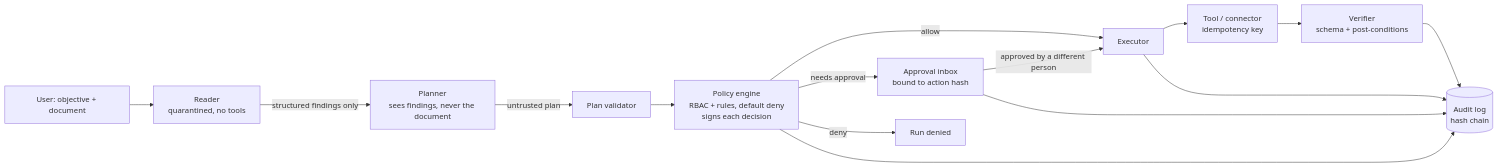
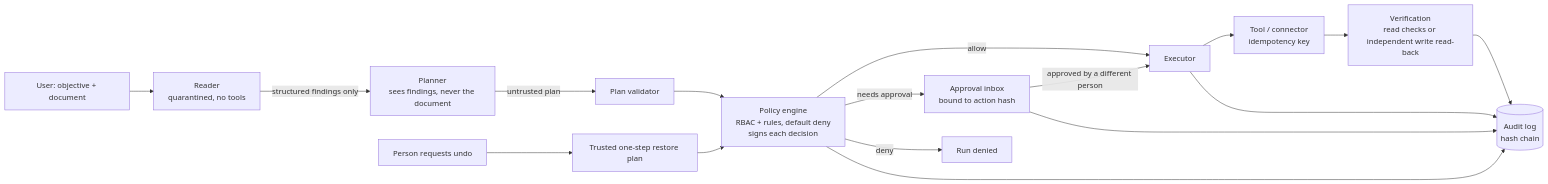
Before and after one commit to riadgaffar/gawe: the first of 2 diagrams in docs/architecture.md, drawn with Mermaid. The commit also changed other lines of this file and 122 other files, not shown here.

Commit message:
M26–M28: an undo record before each rating write with a person-requested reversal; refused record changes explained on approval cards; rendered approval-card tests; docs, roadmap

````diff
--- a/docs/architecture.md
+++ b/docs/architecture.md
@@ -9,17 +9,19 @@
 ```mermaid
 flowchart LR
   U[User: objective + document] --> R[Reader<br/>quarantined, no tools]
   R -- structured findings only --> P[Planner<br/>sees findings, never the document]
   P -- untrusted plan --> V[Plan validator]
   V --> PE[Policy engine<br/>RBAC + rules, default deny<br/>signs each decision]
+  UR[Person requests undo] --> UP[Trusted one-step restore plan]
+  UP --> PE
   PE -- allow --> X[Executor]
   PE -- needs approval --> A[Approval inbox<br/>bound to action hash]
   A -- approved by a different person --> X
   PE -- deny --> D[Run denied]
   X --> T[Tool / connector<br/>idempotency key]
-  T --> VF[Verifier<br/>schema + post-conditions]
+  T --> VF[Verification<br/>read checks or independent write read-back]
   VF --> L[(Audit log<br/>hash chain)]
   PE --> L
   A --> L
   X --> L
 ```
````
